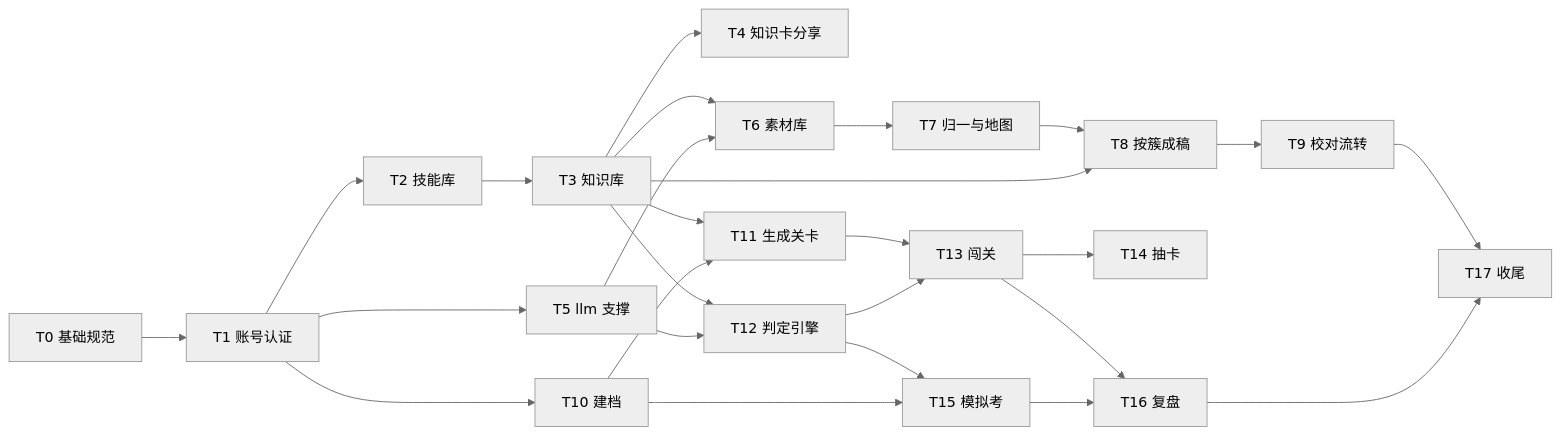
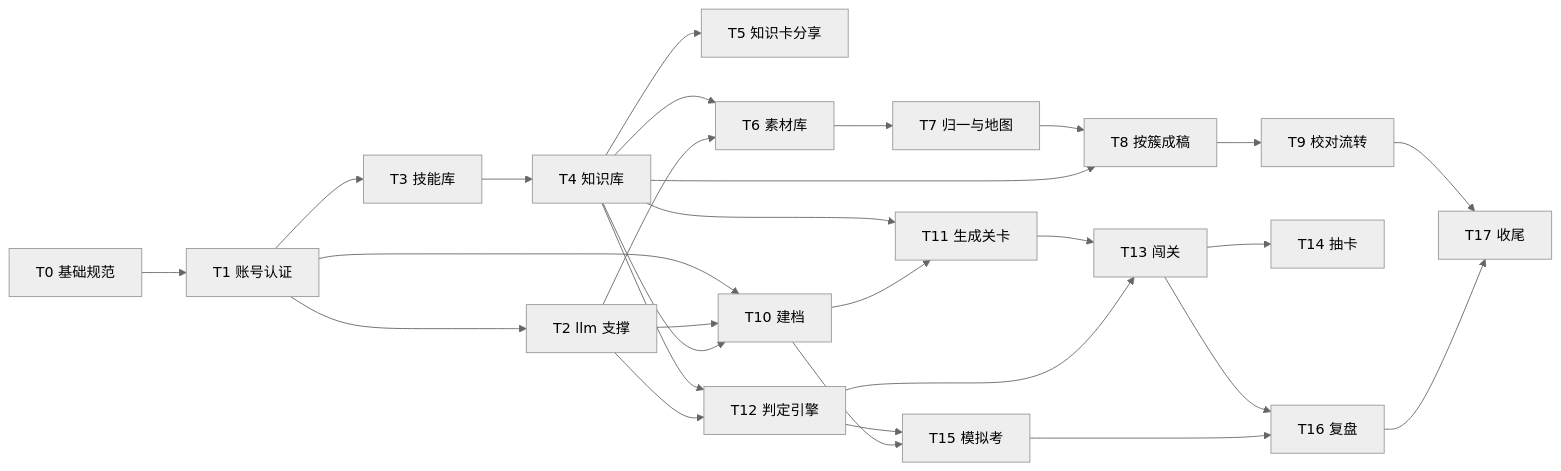
Before and after one commit to liuxi1211/zhiji: the diagram in docs/开发计划.md, drawn with Mermaid (neutral theme). The commit also changed other lines of this file and 63 other files, not shown here.

````diff
--- a/docs/开发计划.md
+++ b/docs/开发计划.md
@@ -42,28 +42,30 @@
 ```mermaid
 flowchart LR
     T0[T0 基础规范] --> T1[T1 账号认证]
-    T1 --> T2[T2 技能库]
-    T2 --> T3[T3 知识库]
-    T3 --> T4[T4 知识卡分享]
-    T1 --> T5[T5 llm 支撑]
-    T3 --> T6[T6 素材库]
-    T5 --> T6
+    T1 --> T2[T2 llm 支撑]
+    T1 --> T3[T3 技能库]
+    T3 --> T4[T4 知识库]
+    T4 --> T5[T5 知识卡分享]
+    T4 --> T6[T6 素材库]
+    T2 --> T6
     T6 --> T7[T7 归一与地图]
     T7 --> T8[T8 按簇成稿]
-    T3 --> T8
+    T4 --> T8
     T8 --> T9[T9 校对流转]
     T1 --> T10[T10 建档]
-    T3 --> T11[T11 生成关卡]
+    T2 --> T10
+    T4 --> T10
+    T4 --> T11[T11 生成关卡]
     T10 --> T11
-    T3 --> T12[T12 判定引擎]
-    T5 --> T12
+    T4 --> T12[T12 判定引擎]
+    T2 --> T12
     T11 --> T13[T13 闯关]
     T12 --> T13
     T13 --> T14[T14 抽卡]
     T12 --> T15[T15 模拟考]
     T10 --> T15
     T13 --> T16[T16 复盘]
     T15 --> T16
     T9 --> T17[T17 收尾]
     T16 --> T17
 ```
````
